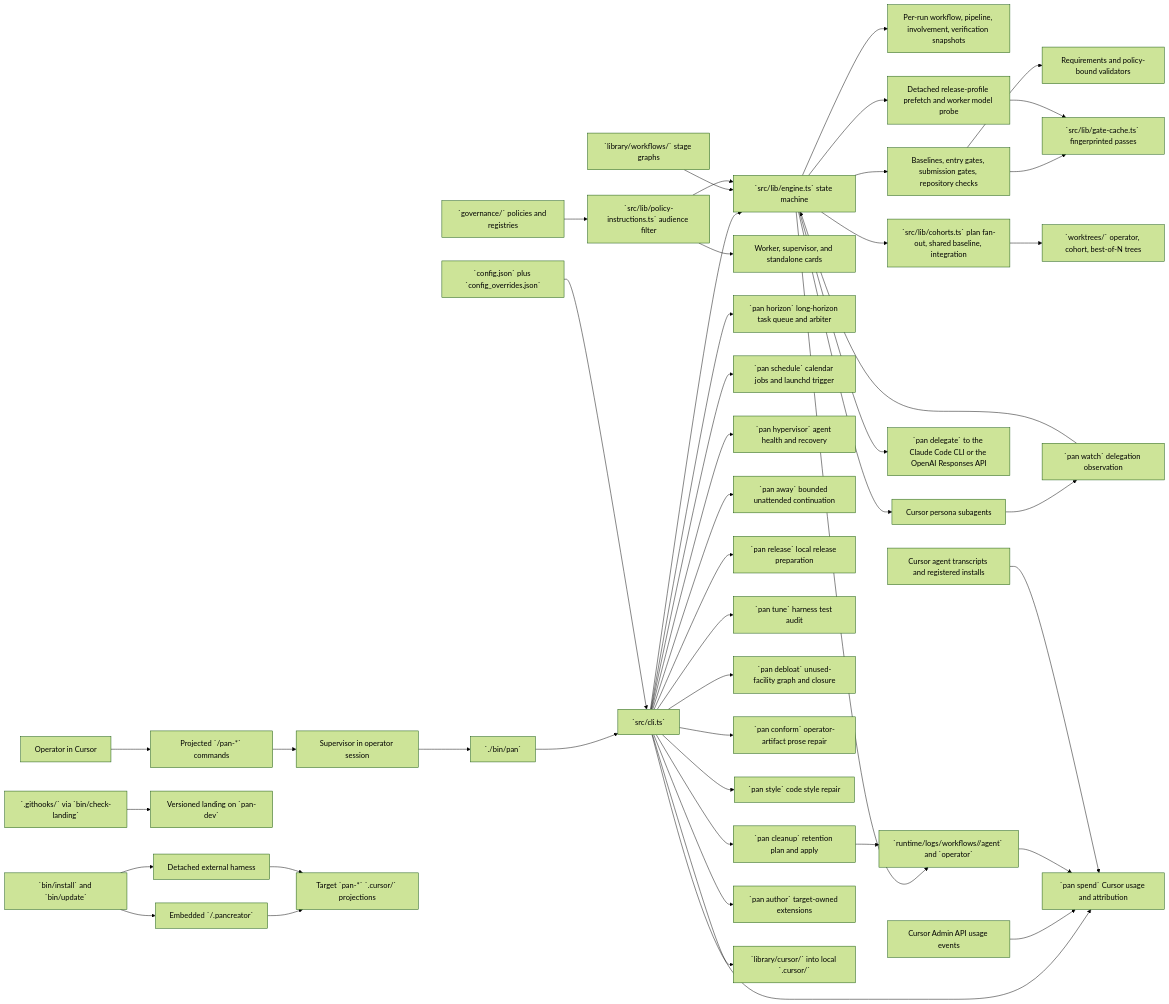
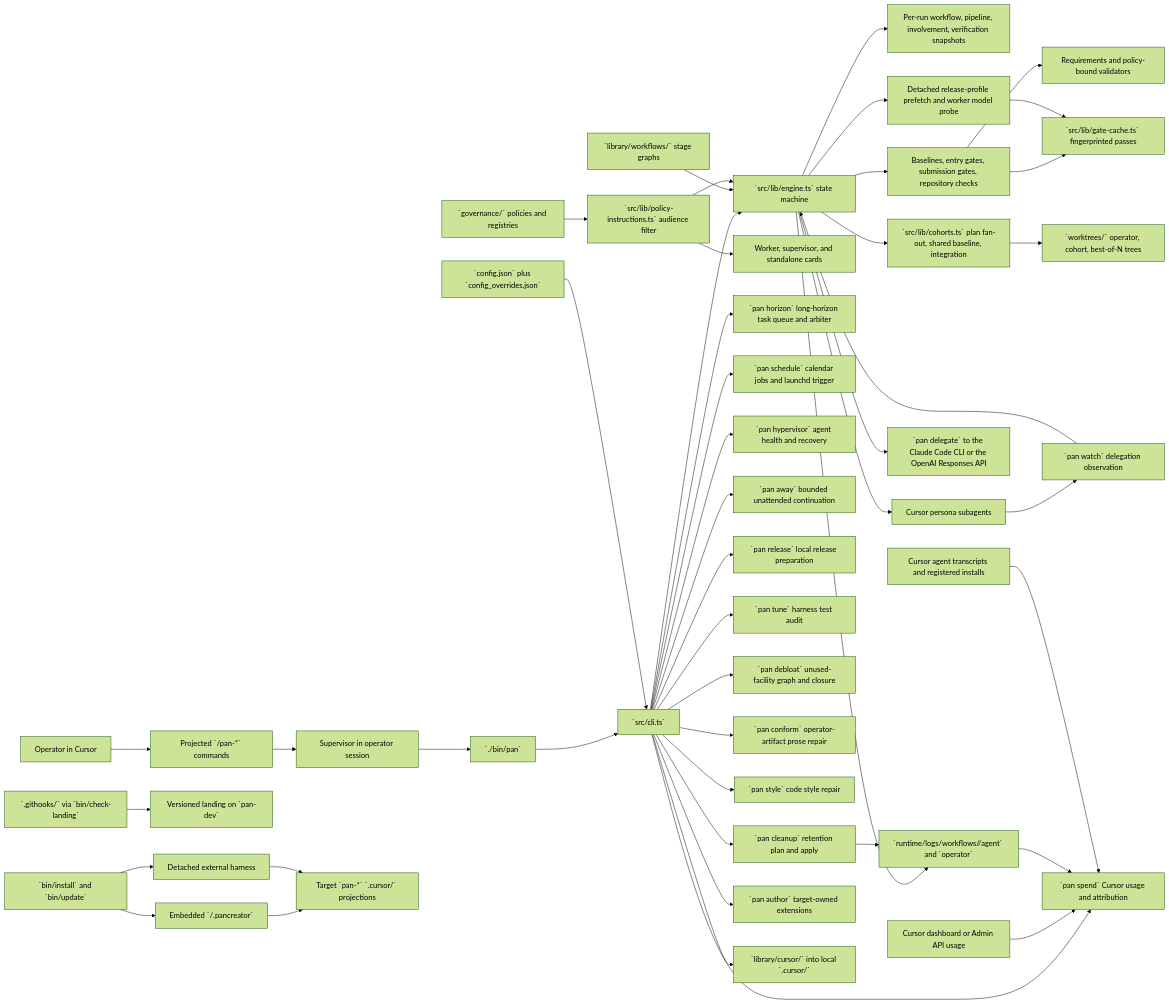
Before and after one commit to alenlukic/pancreator: the diagram in docs/target-repo-primer.md, drawn with Mermaid (forest theme). The commit also changed other lines of this file, not shown here.

Commit message:
docs: refresh personal spend reporting primer

````diff
--- a/docs/target-repo-primer.md
+++ b/docs/target-repo-primer.md
@@ -91,48 +91,48 @@
 ```mermaid
 flowchart LR
   Operator[Operator in Cursor] --> Commands[Projected `/pan-*` commands]
   Commands --> Supervisor[Supervisor in operator session]
   Supervisor --> Pan[`./bin/pan`]
   Pan --> CLI[`src/cli.ts`]
   CLI --> Engine[`src/lib/engine.ts` state machine]
   Config[`config.json` plus `config_overrides.json`] --> CLI
   Workflows[`library/workflows/` stage graphs] --> Engine
   Governance[`governance/` policies and registries] --> Audience[`src/lib/policy-instructions.ts` audience filter]
   Audience --> Engine
   Audience --> Cards[Worker, supervisor, and standalone cards]
   Engine --> Snapshots[Per-run workflow, pipeline, involvement, verification snapshots]
   Engine --> Gates[Baselines, entry gates, submission gates, repository checks]
   Gates --> Requirements[Requirements and policy-bound validators]
   Gates --> GateCache[`src/lib/gate-cache.ts` fingerprinted passes]
   Engine --> Detached[Detached release-profile prefetch and worker model probe]
   Detached --> GateCache
   Engine --> Runtime[`runtime/logs/workflows/<run-id>/agent` and `operator`]
   Engine --> CursorWorkers[Cursor persona subagents]
   Engine --> External[`pan delegate` to the Claude Code CLI or the OpenAI Responses API]
   CursorWorkers --> Watch[`pan watch` delegation observation]
   Watch --> Engine
   Engine --> Cohorts[`src/lib/cohorts.ts` plan fan-out, shared baseline, integration]
   Cohorts --> Worktrees[`worktrees/` operator, cohort, best-of-N trees]
   CLI --> Horizon[`pan horizon` long-horizon task queue and arbiter]
   CLI --> Schedule[`pan schedule` calendar jobs and launchd trigger]
   CLI --> Hypervisor[`pan hypervisor` agent health and recovery]
   CLI --> Away[`pan away` bounded unattended continuation]
   CLI --> Release[`pan release` local release preparation]
   CLI --> Tune[`pan tune` harness test audit]
   CLI --> Debloat[`pan debloat` unused-facility graph and closure]
   CLI --> Conform[`pan conform` operator-artifact prose repair]
   CLI --> Style[`pan style` code style repair]
   CLI --> Cleanup[`pan cleanup` retention plan and apply]
   Cleanup --> Runtime
   CLI --> Spend[`pan spend` Cursor usage and attribution]
-  CursorAPI[Cursor Admin API usage events] --> Spend
+  CursorAPI[Cursor dashboard or Admin API usage] --> Spend
   Runtime --> Spend
   Transcripts[Cursor agent transcripts and registered installs] --> Spend
   CLI --> Author[`pan author` target-owned extensions]
   CLI --> Projection[`library/cursor/` into local `.cursor/`]
   Hooks[`.githooks/` via `bin/check-landing`] --> Landing[Versioned landing on `pan-dev`]
   Installer[`bin/install` and `bin/update`] --> Embedded[Embedded `<target>/.pancreator`]
   Installer --> DetachedInstall[Detached external harness]
   Embedded --> TargetCursor[Target `pan-*` `.cursor/` projections]
   DetachedInstall --> TargetCursor
 ```
````
